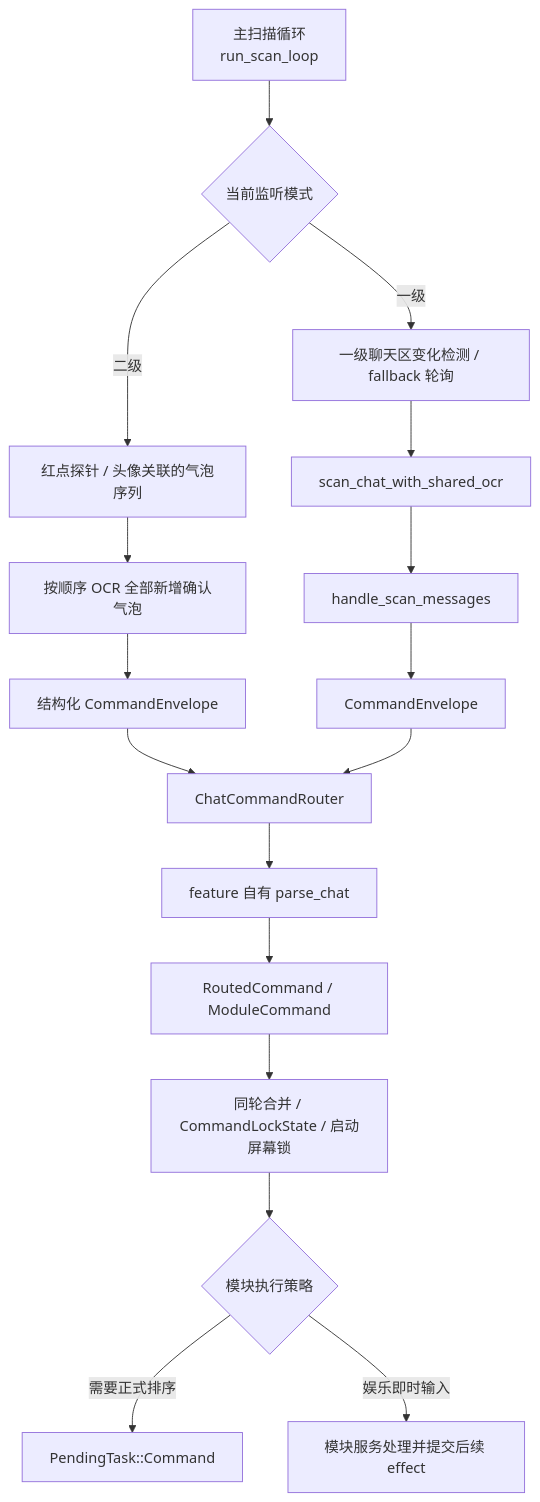
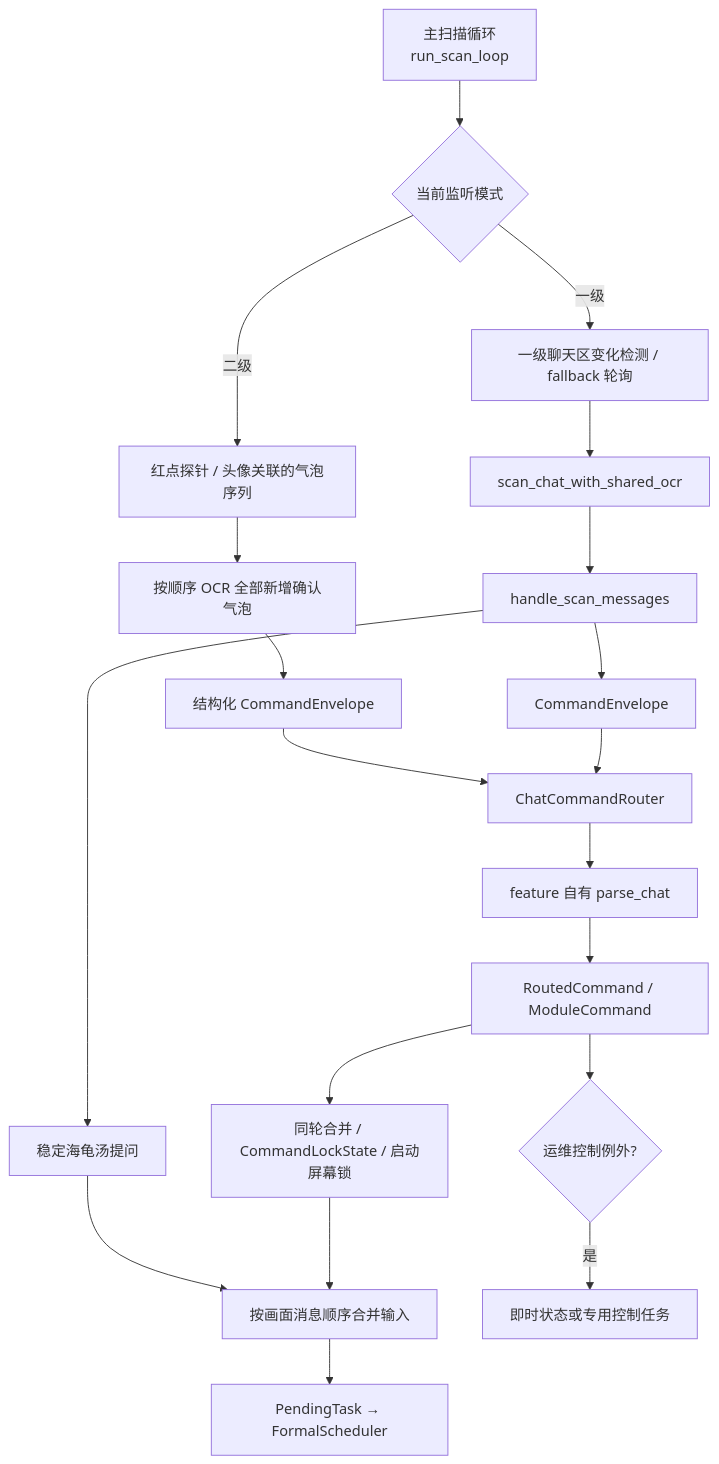
One commit to XingNian-www/Miliastra-Wonderland-Music changed the diagram in docs/chat-command-ingestion.md. Above: the diagram before and after it, drawn with Mermaid. The commit also changed other lines of this file and 47 other files, not shown here.

````diff
--- a/docs/chat-command-ingestion.md
+++ b/docs/chat-command-ingestion.md
@@ -18,19 +18,22 @@
 ```mermaid
 flowchart TD
     A["主扫描循环<br/>run_scan_loop"] --> B{"当前监听模式"}
     B -->|一级| C["一级聊天区变化检测 / fallback 轮询"]
     B -->|二级| D["红点探针 / 头像关联的气泡序列"]
     C --> E["scan_chat_with_shared_ocr"]
     D --> F["按顺序 OCR 全部新增确认气泡"]
     E --> G["handle_scan_messages"]
     F --> H["结构化 CommandEnvelope"]
     G --> I["CommandEnvelope"]
     H --> J["ChatCommandRouter"]
     I --> J
     J --> K["feature 自有 parse_chat"]
     K --> L["RoutedCommand / ModuleCommand"]
+    G --> Q["稳定海龟汤提问"]
     L --> M["同轮合并 / CommandLockState / 启动屏幕锁"]
-    M --> N{"模块执行策略"}
-    N -->|需要正式排序| O["PendingTask::Command"]
-    N -->|娱乐即时输入| P["模块服务处理并提交后续 effect"]
+    Q --> N["按画面消息顺序合并输入"]
+    M --> N
+    N --> O["PendingTask → FormalScheduler"]
+    L --> P{"运维控制例外?"}
+    P -->|是| R["即时状态或专用控制任务"]
 ```
````
